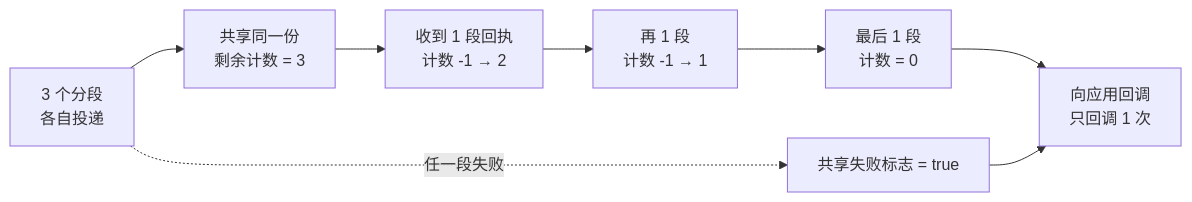
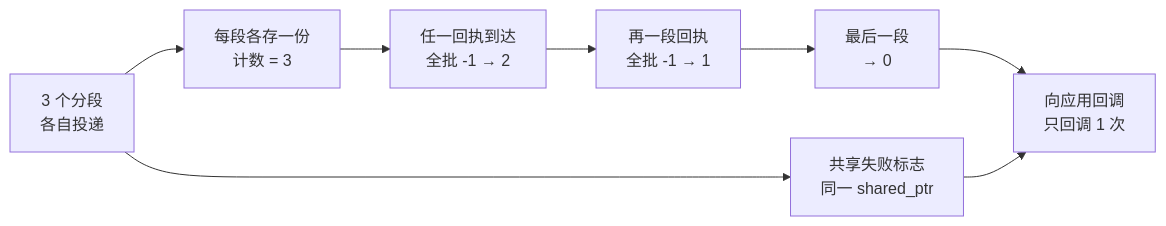
Before and after one commit to hjl12345/OpneHarmonyTeamWork: the seventh of 11 diagrams in report_work/G12_sms_mms/汇报脚本.md, drawn with Mermaid. The commit also changed other lines of this file and 15 other files, not shown here.

````diff
--- a/report_work/G12_sms_mms/汇报脚本.md
+++ b/report_work/G12_sms_mms/汇报脚本.md
@@ -417,10 +479,10 @@
 ```mermaid
 flowchart LR
-    A["3 个分段<br/>各自投递"] --> B["共享同一份<br/>剩余计数 = 3"]
-    B --> C["收到 1 段回执<br/>计数 -1 → 2"]
-    C --> D["再 1 段<br/>计数 -1 → 1"]
-    D --> E["最后 1 段<br/>计数 = 0"]
+    A["3 个分段<br/>各自投递"] --> B["每段各存一份<br/>计数 = 3"]
+    B --> C["任一回执到达<br/>全批 -1 → 2"]
+    C --> D["再一段回执<br/>全批 -1 → 1"]
+    D --> E["最后一段<br/>→ 0"]
     E --> F["向应用回调<br/>只回调 1 次"]
-    A -.->|"任一段失败"| G["共享失败标志 = true"]
+    A --> G["共享失败标志<br/>同一 shared_ptr"]
     G --> F
 ```
````
